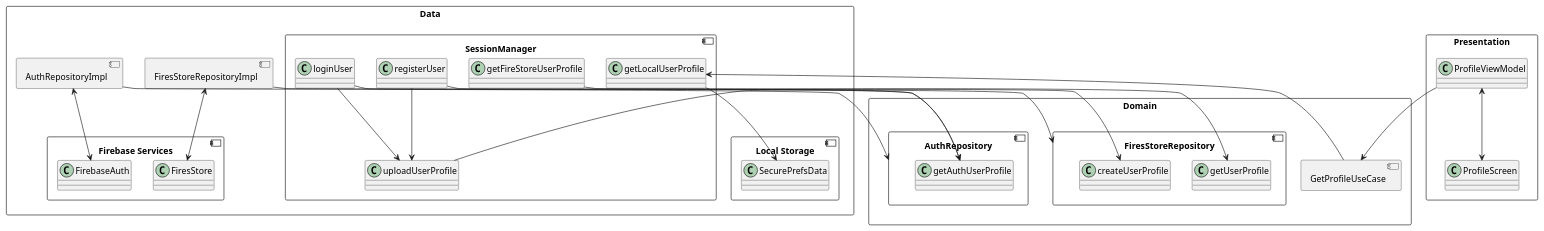
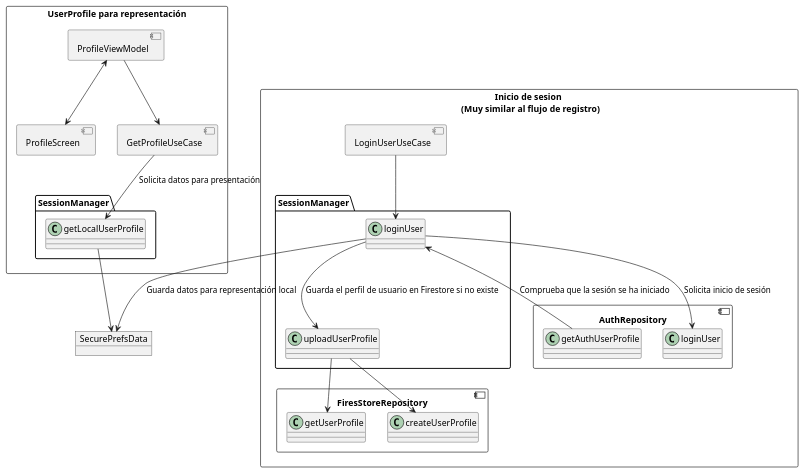
Before and after one commit to DaniAguion/SeaBattle: the diagram in planUML/UserProfileFlow.puml, drawn with PlantUML.

Commit message:
Modified diagram of UserProfileFlow to make it clear

```diff
--- a/planUML/UserProfileFlow.puml
+++ b/planUML/UserProfileFlow.puml
@@ -1,63 +1,48 @@
 @startuml
 top to bottom direction
-rectangle "Data" {
-    component "SessionManager" {
-        class getLocalUserProfile
-        class getFireStoreUserProfile
-        class uploadUserProfile
-        class registerUser
+
+object SecurePrefsData{
+}
+
+rectangle "UserProfile para representación" as Caso1{
+    component ProfileScreen{
+    }
+    component ProfileViewModel{
+    }
+    component GetProfileUseCase{
+    }
+    class SessionManager.getLocalUserProfile
+}
+
+Caso1.ProfileViewModel <--> Caso1.ProfileScreen
+Caso1.ProfileViewModel --> Caso1.GetProfileUseCase
+
+Caso1.GetProfileUseCase --> Caso1.SessionManager.getLocalUserProfile : Solicita datos para presentación
+Caso1.SessionManager.getLocalUserProfile --> SecurePrefsData
+
+
+rectangle "Inicio de sesion \n (Muy similar al flujo de registro)" as Caso2{
+    class SessionManager.loginUser
+    class SessionManager.uploadUserProfile
+    component FiresStoreRepository{
+        class getUserProfile
+        class createUserProfile
+    }
+    component AuthRepository{
+        class getAuthUserProfile
         class loginUser
     }
-    component "FiresStoreRepositoryImpl" {
-    }
-    component "AuthRepositoryImpl"{
-    }
-    component "Local Storage" {
-        class SecurePrefsData
-    }
-    component "Firebase Services" {
-        class FirebaseAuth
-        class FiresStore
+    component LoginUserUseCase{
     }
 }
 
-rectangle "Domain" {
-    component GetProfileUseCase {
-    }
-    component "FiresStoreRepository" {
-        class getUserProfile
-        class createUserProfile
-    }
-    component "AuthRepository" {
-        class getAuthUserProfile
-    }
-}
+Caso2.LoginUserUseCase --> Caso2.SessionManager.loginUser
 
-rectangle "Presentation" {
-    class ProfileViewModel
-    class ProfileScreen
-}
+Caso2.SessionManager.loginUser --> Caso2.AuthRepository.loginUser : Solicita inicio de sesión
+Caso2.SessionManager.loginUser <-- Caso2.AuthRepository.getAuthUserProfile : Comprueba que la sesión se ha iniciado
+Caso2.SessionManager.loginUser --> Caso2.SessionManager.uploadUserProfile : Guarda el perfil de usuario en Firestore si no existe
+Caso2.SessionManager.loginUser --> SecurePrefsData : Guarda datos para representación local
 
-
-ProfileViewModel <--> ProfileScreen
-ProfileViewModel --> GetProfileUseCase
-
-GetProfileUseCase --> getLocalUserProfile
-getLocalUserProfile --> SecurePrefsData
-
-registerUser --> getAuthUserProfile
-loginUser --> getAuthUserProfile
-registerUser --> uploadUserProfile
-loginUser --> uploadUserProfile
-
-
-uploadUserProfile --> createUserProfile
-getFireStoreUserProfile --> getUserProfile
-
-
-FiresStoreRepository <-- FiresStoreRepositoryImpl
-FiresStoreRepositoryImpl <--> FiresStore
-
-AuthRepository <-- AuthRepositoryImpl
-AuthRepositoryImpl <--> FirebaseAuth
+Caso2.SessionManager.uploadUserProfile --> Caso2.FiresStoreRepository.getUserProfile
+Caso2.SessionManager.uploadUserProfile --> Caso2.FiresStoreRepository.createUserProfile
 @enduml
```
